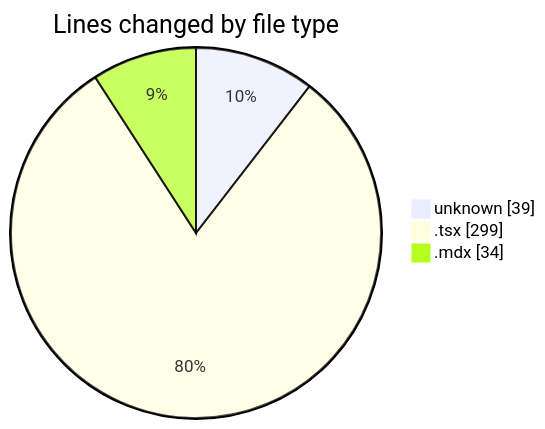
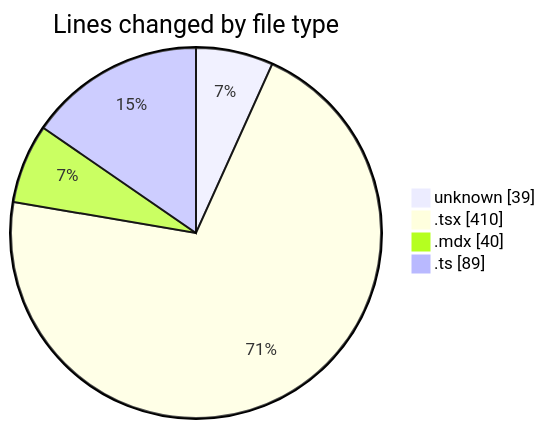
One commit to Elitesun/code-tracking changed the first of 2 diagrams in 2025-05-24/elitesun/README.md. Above: the diagram before and after it, drawn with Mermaid. The commit also changed other lines of this file and 1 other file, not shown here.

````diff
--- a/2025-05-24/elitesun/README.md
+++ b/2025-05-24/elitesun/README.md
@@ -25,7 +27,8 @@
 ```mermaid
 pie showData
 title Lines changed by file type
 "unknown" : 39
-".tsx" : 299
-".mdx" : 34
+".tsx" : 410
+".mdx" : 40
+".ts" : 89
 ```
````
